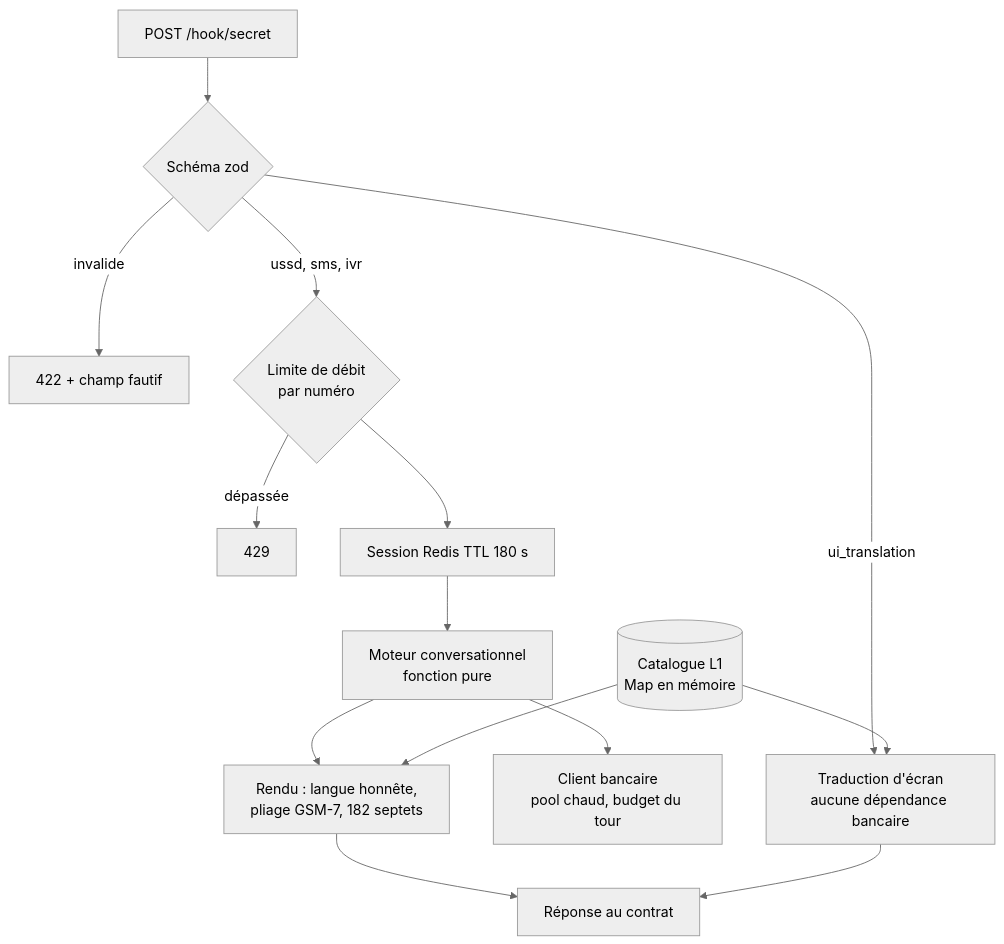
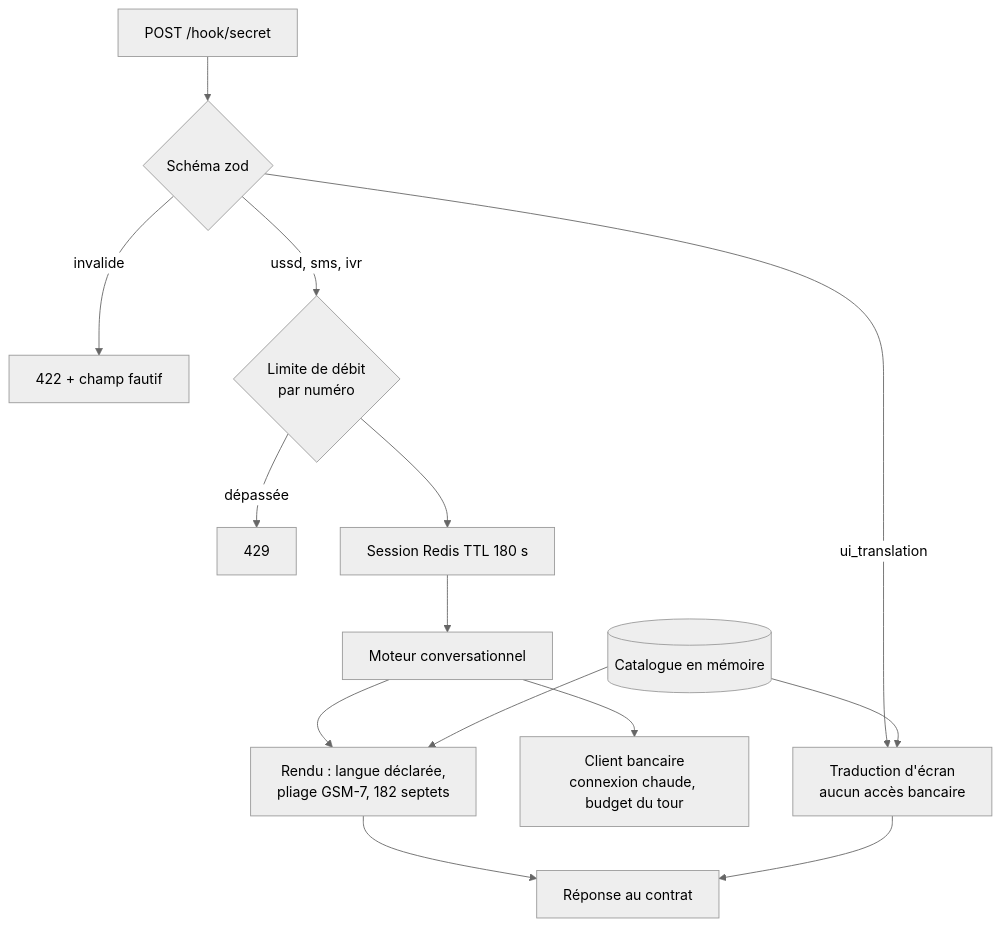
Before and after one commit to junguck/nkaplingua: the second of 8 diagrams in docs/ARCHITECTURE.md, drawn with Mermaid (neutral theme). The commit also changed other lines of this file and 51 other files, not shown here.

````diff
--- a/docs/ARCHITECTURE.md
+++ b/docs/ARCHITECTURE.md
@@ -53,16 +63,16 @@
 ```mermaid
 flowchart TB
     IN[POST /hook/secret] --> V{Schéma zod}
     V -- invalide --> E422[422 + champ fautif]
-    V -- ui_translation --> UI[Traduction d'écran<br/>aucune dépendance bancaire]
+    V -- ui_translation --> UI[Traduction d'écran<br/>aucun accès bancaire]
     V -- ussd, sms, ivr --> RL{Limite de débit<br/>par numéro}
     RL -- dépassée --> E429[429]
     RL --> S[Session Redis TTL 180 s]
-    S --> C[Moteur conversationnel<br/>fonction pure]
-    C --> B[Client bancaire<br/>pool chaud, budget du tour]
-    C --> RD[Rendu : langue honnête,<br/>pliage GSM-7, 182 septets]
-    L1[(Catalogue L1<br/>Map en mémoire)] --> RD
+    S --> C[Moteur conversationnel]
+    C --> B[Client bancaire<br/>connexion chaude, budget du tour]
+    C --> RD[Rendu : langue déclarée,<br/>pliage GSM-7, 182 septets]
+    L1[(Catalogue en mémoire)] --> RD
     L1 --> UI
     RD --> OUT[Réponse au contrat]
     UI --> OUT
 ```
````
